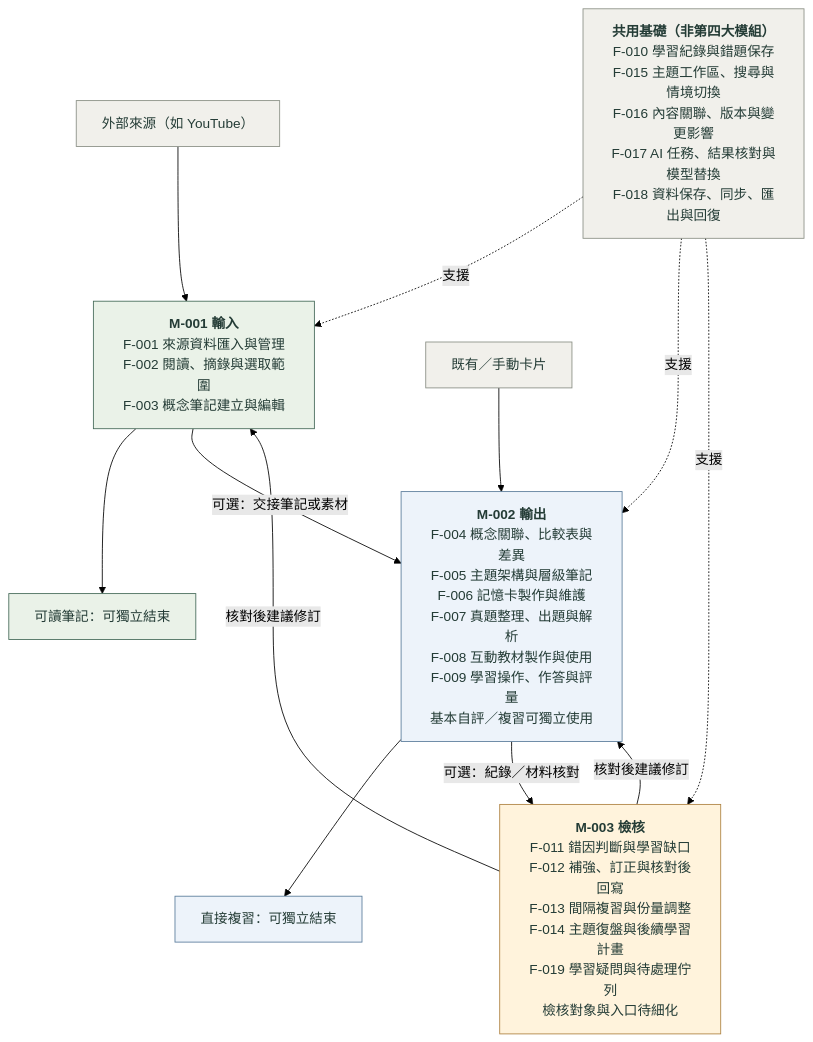
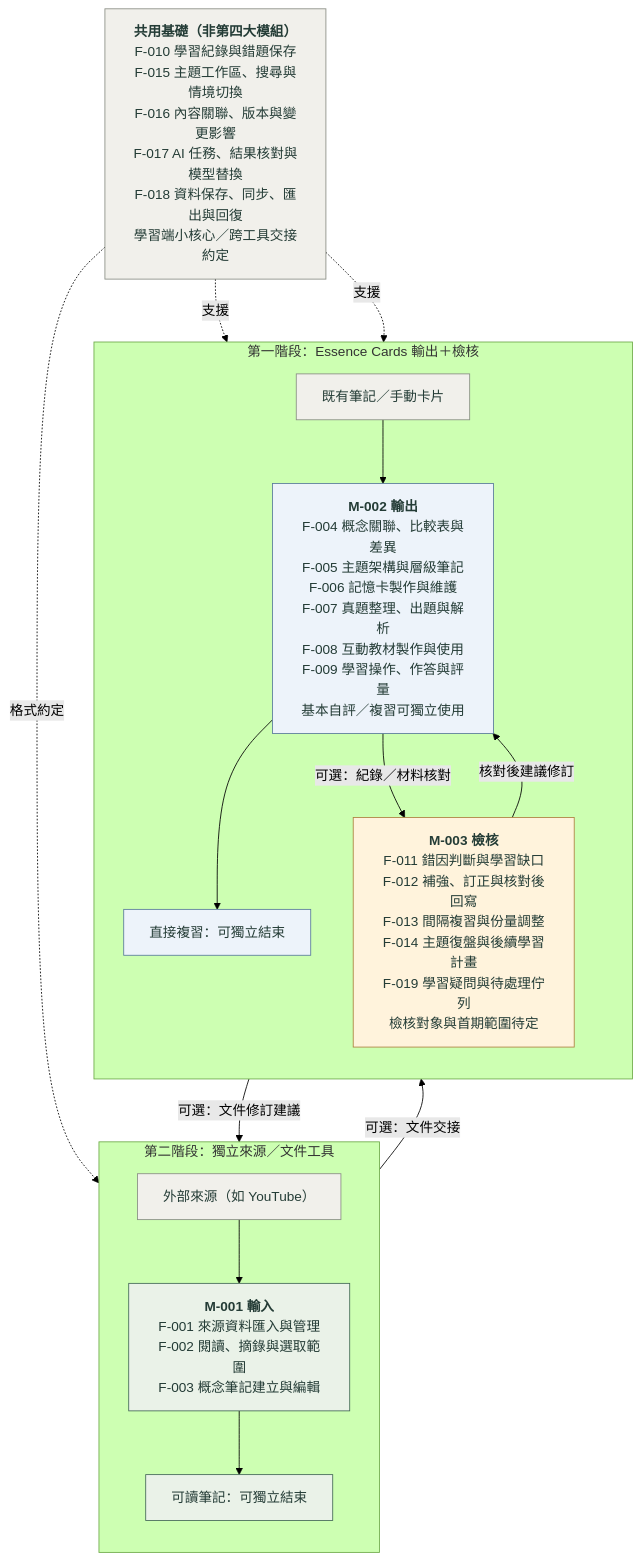
One commit to kuohappiness/Essence-Cards changed the diagram in docs/diagrams/functions.md. Above: the diagram before and after it, drawn with Mermaid (forest theme). The commit also changed other lines of this file and 29 other files, not shown here.

````diff
--- a/docs/diagrams/functions.md
+++ b/docs/diagrams/functions.md
@@ -11,52 +11,59 @@
 ```mermaid
 flowchart TD
   %% 自動產生；名稱來自功能目錄，責任候選映射與箭頭由設計者核對。
-  input["`**M-001 輸入**
+  subgraph phase2["第二階段：獨立來源／文件工具"]
+    direction TD
+    sources["外部來源（如 YouTube）"]
+    input["`**M-001 輸入**
 F-001 來源資料匯入與管理
 F-002 閱讀、摘錄與選取範圍
 F-003 概念筆記建立與編輯`"]
-  output["`**M-002 輸出**
+    notes["可讀筆記：可獨立結束"]
+    sources --> input
+    input --> notes
+  end
+  subgraph phase1["第一階段：Essence Cards 輸出＋檢核"]
+    direction TD
+    cards["既有筆記／手動卡片"]
+    output["`**M-002 輸出**
 F-004 概念關聯、比較表與差異
 F-005 主題架構與層級筆記
 F-006 記憶卡製作與維護
 F-007 真題整理、出題與解析
 F-008 互動教材製作與使用
 F-009 學習操作、作答與評量
 基本自評／複習可獨立使用`"]
-  check["`**M-003 檢核**
+    review["直接複習：可獨立結束"]
+    check["`**M-003 檢核**
 F-011 錯因判斷與學習缺口
 F-012 補強、訂正與核對後回寫
 F-013 間隔複習與份量調整
 F-014 主題復盤與後續學習計畫
 F-019 學習疑問與待處理佇列
-檢核對象與入口待細化`"]
+檢核對象與首期範圍待定`"]
+    cards --> output
+    output --> review
+    output -->|可選：紀錄／材料核對| check
+    check -->|核對後建議修訂| output
+  end
   shared["`**共用基礎（非第四大模組）**
 F-010 學習紀錄與錯題保存
 F-015 主題工作區、搜尋與情境切換
 F-016 內容關聯、版本與變更影響
 F-017 AI 任務、結果核對與模型替換
-F-018 資料保存、同步、匯出與回復`"]
-  sources["外部來源（如 YouTube）"]
-  notes["可讀筆記：可獨立結束"]
-  cards["既有／手動卡片"]
-  review["直接複習：可獨立結束"]
-  sources --> input
-  input --> notes
-  cards --> output
-  output --> review
-  input -->|可選：交接筆記或素材| output
-  output -->|可選：紀錄／材料核對| check
-  check -->|核對後建議修訂| input
-  check -->|核對後建議修訂| output
-  shared -.->|支援| input
+F-018 資料保存、同步、匯出與回復
+學習端小核心／跨工具交接約定`"]
+  notes -->|可選：文件交接| output
+  check -->|可選：文件修訂建議| input
+  shared -.->|格式約定| input
   shared -.->|支援| output
   shared -.->|支援| check
   classDef knowledge fill:#eaf2e8,stroke:#446957,color:#243c36
   classDef learning fill:#edf3fa,stroke:#597b9a,color:#243c36
   classDef revision fill:#fff3dc,stroke:#ad8140,color:#243c36
   classDef support fill:#f1f0eb,stroke:#898e84,color:#243c36
   class input,notes knowledge
   class output,review learning
   class check revision
   class shared,sources,cards support
 ```
````
